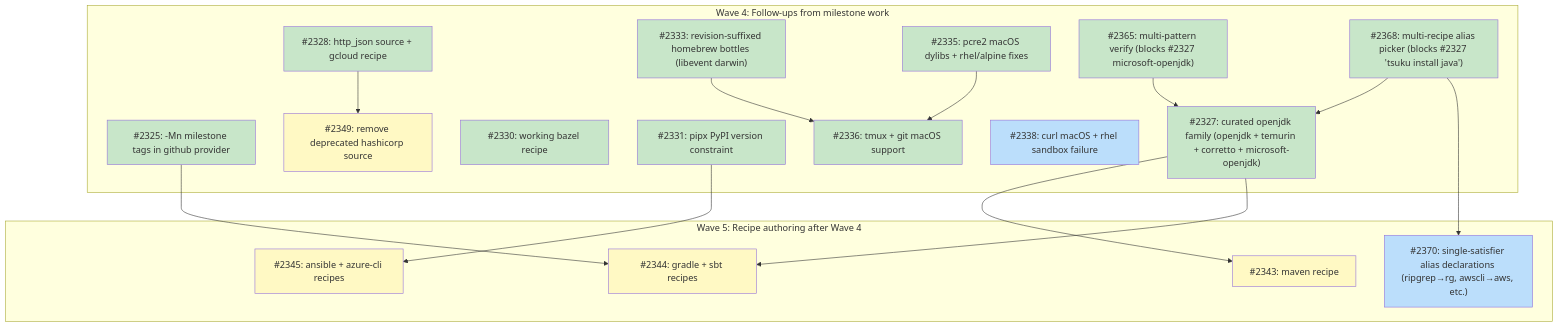
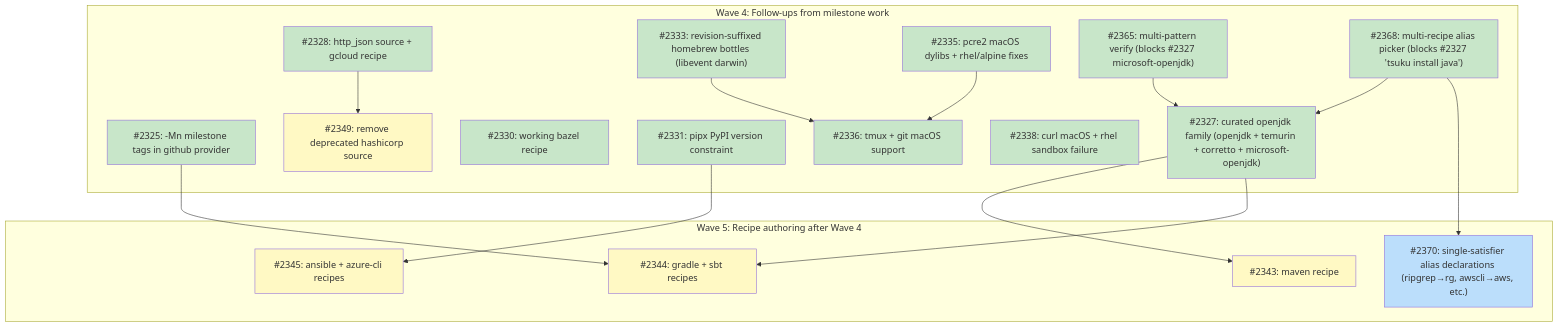
Before and after one commit to tsukumogami/tsuku: the diagram in docs/plans/PLAN-curated-recipes.md, drawn with Mermaid. The commit also changed other lines of this file, not shown here.

First line of the commit message:
docs(plan): mark #2338 done after curl rhel SIGSEGV + darwin support landed (#2400)

````diff
--- a/docs/plans/PLAN-curated-recipes.md
+++ b/docs/plans/PLAN-curated-recipes.md
@@ -146,50 +146,50 @@
 ```mermaid
 graph TD
     subgraph wave4 ["Wave 4: Follow-ups from milestone work"]
         I2325["#2325: -Mn milestone tags in github provider"]
         I2327["#2327: curated openjdk family (openjdk + temurin + corretto + microsoft-openjdk)"]
         I2328["#2328: http_json source + gcloud recipe"]
         I2330["#2330: working bazel recipe"]
         I2331["#2331: pipx PyPI version constraint"]
         I2333["#2333: revision-suffixed homebrew bottles (libevent darwin)"]
         I2335["#2335: pcre2 macOS dylibs + rhel/alpine fixes"]
         I2336["#2336: tmux + git macOS support"]
         I2338["#2338: curl macOS + rhel sandbox failure"]
         I2349["#2349: remove deprecated hashicorp source"]
         I2365["#2365: multi-pattern verify (blocks #2327 microsoft-openjdk)"]
         I2368["#2368: multi-recipe alias picker (blocks #2327 'tsuku install java')"]
     end
 
     subgraph wave5 ["Wave 5: Recipe authoring after Wave 4"]
         I2343["#2343: maven recipe"]
         I2344["#2344: gradle + sbt recipes"]
         I2345["#2345: ansible + azure-cli recipes"]
         I2370["#2370: single-satisfier alias declarations (ripgrep→rg, awscli→aws, etc.)"]
     end
 
     I2333 --> I2336
     I2335 --> I2336
 
     I2365 --> I2327
     I2368 --> I2327
     I2327 --> I2343
     I2325 --> I2344
     I2327 --> I2344
     I2331 --> I2345
     I2328 --> I2349
     I2368 --> I2370
 
     classDef done fill:#c8e6c9
     classDef ready fill:#bbdefb
     classDef blocked fill:#fff9c4
     classDef needsDesign fill:#e1bee7
     classDef needsPrd fill:#b3e5fc
     classDef needsSpike fill:#ffcdd2
     classDef needsDecision fill:#d1c4e9
     classDef tracksDesign fill:#FFE0B2,stroke:#F57C00,color:#000
     classDef tracksPlan fill:#FFE0B2,stroke:#F57C00,color:#000
 
-    class I2325,I2327,I2328,I2330,I2331,I2333,I2335,I2336,I2365,I2368 done
-    class I2338,I2370 ready
+    class I2325,I2327,I2328,I2330,I2331,I2333,I2335,I2336,I2338,I2365,I2368 done
+    class I2370 ready
     class I2343,I2344,I2345,I2349 blocked
 ```
````
